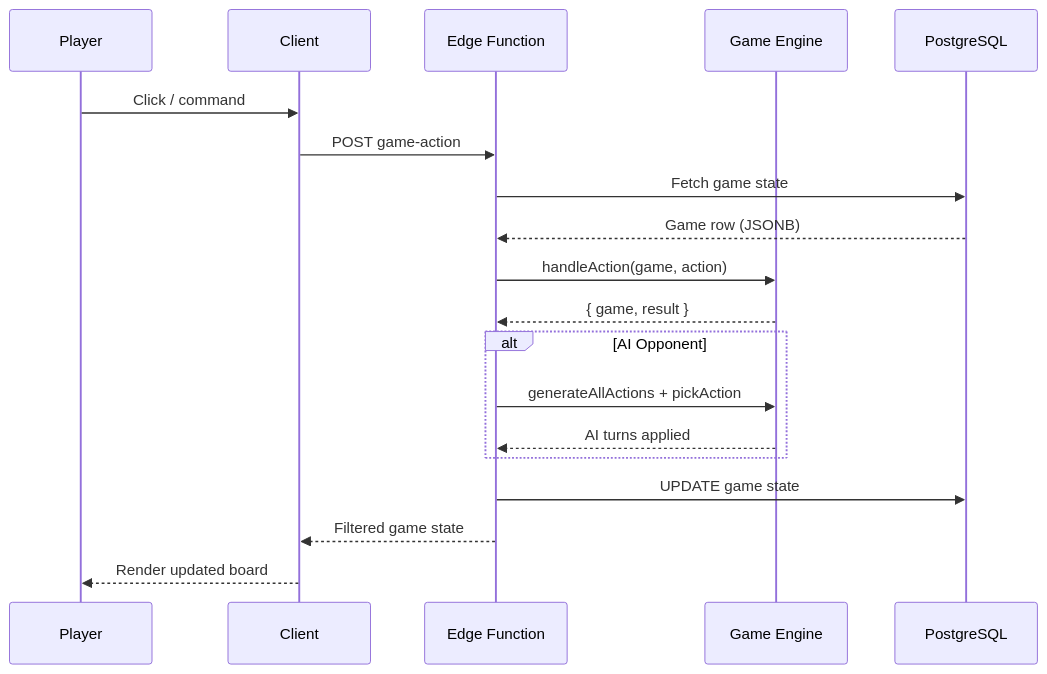
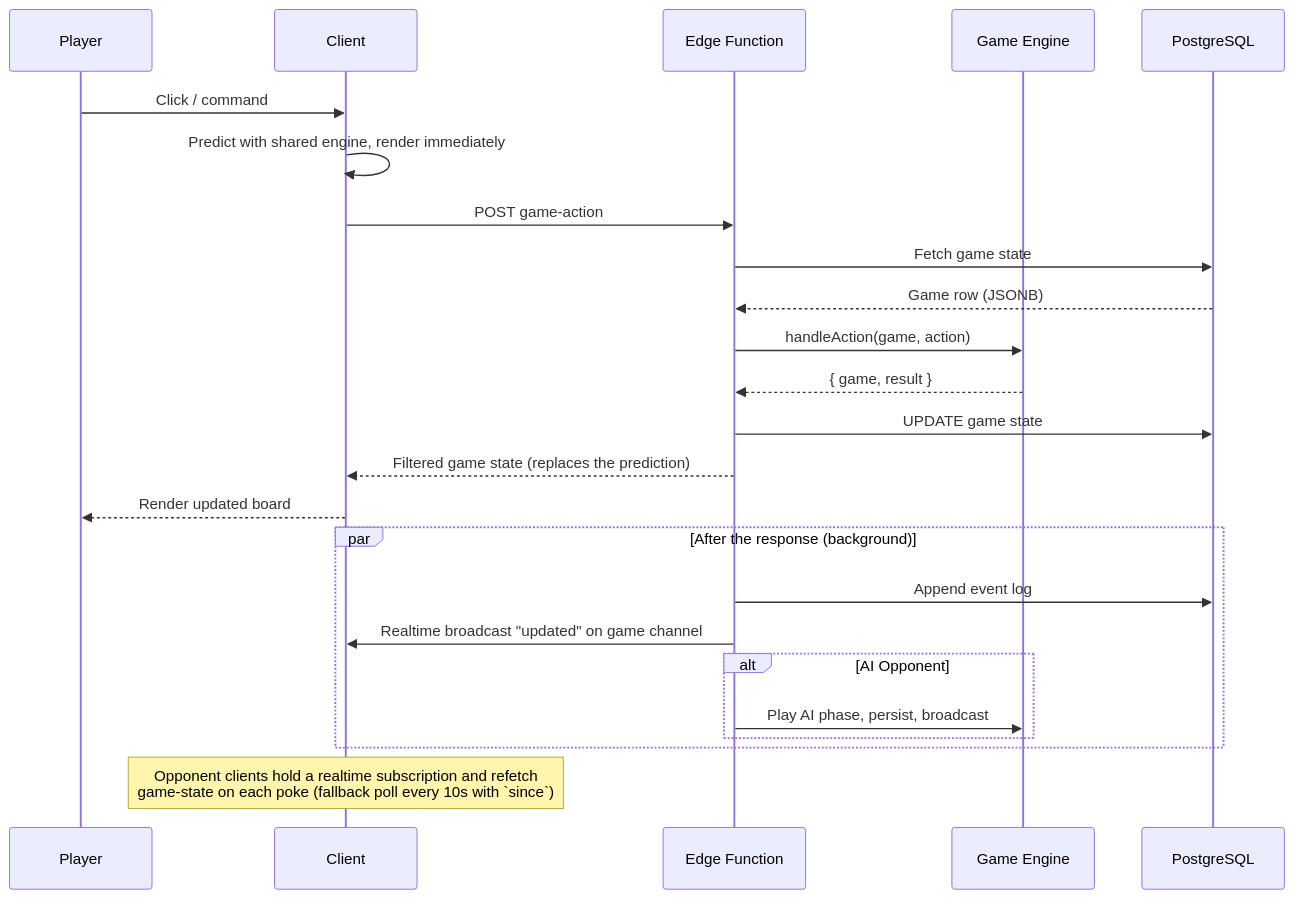
One commit to fippli/heroes-of-fright-and-panic changed the third of 7 diagrams in docs/architecture.md. Above: the diagram before and after it, drawn with Mermaid. The commit also changed 10 other files, not shown here.

First line of the commit message:
Push game updates over realtime; respond before logging and AI phase

````diff
--- a/docs/architecture.md
+++ b/docs/architecture.md
@@ -81,24 +81,29 @@
 ```mermaid
 sequenceDiagram
     participant Player
     participant Client
     participant Edge as Edge Function
     participant Engine as Game Engine
     participant DB as PostgreSQL
 
     Player->>Client: Click / command
+    Client->>Client: Predict with shared engine, render immediately
     Client->>Edge: POST game-action
     Edge->>DB: Fetch game state
     DB-->>Edge: Game row (JSONB)
     Edge->>Engine: handleAction(game, action)
     Engine-->>Edge: { game, result }
+    Edge->>DB: UPDATE game state
+    Edge-->>Client: Filtered game state (replaces the prediction)
+    Client-->>Player: Render updated board
 
-    alt AI Opponent
-        Edge->>Engine: generateAllActions + pickAction
-        Engine-->>Edge: AI turns applied
+    par After the response (background)
+        Edge->>DB: Append event log
+        Edge->>Client: Realtime broadcast "updated" on game channel
+        alt AI Opponent
+            Edge->>Engine: Play AI phase, persist, broadcast
+        end
     end
 
-    Edge->>DB: UPDATE game state
-    Edge-->>Client: Filtered game state
-    Client-->>Player: Render updated board
+    Note over Client: Opponent clients hold a realtime subscription and refetch<br/>game-state on each poke (fallback poll every 10s with `since`)
 ```
````
